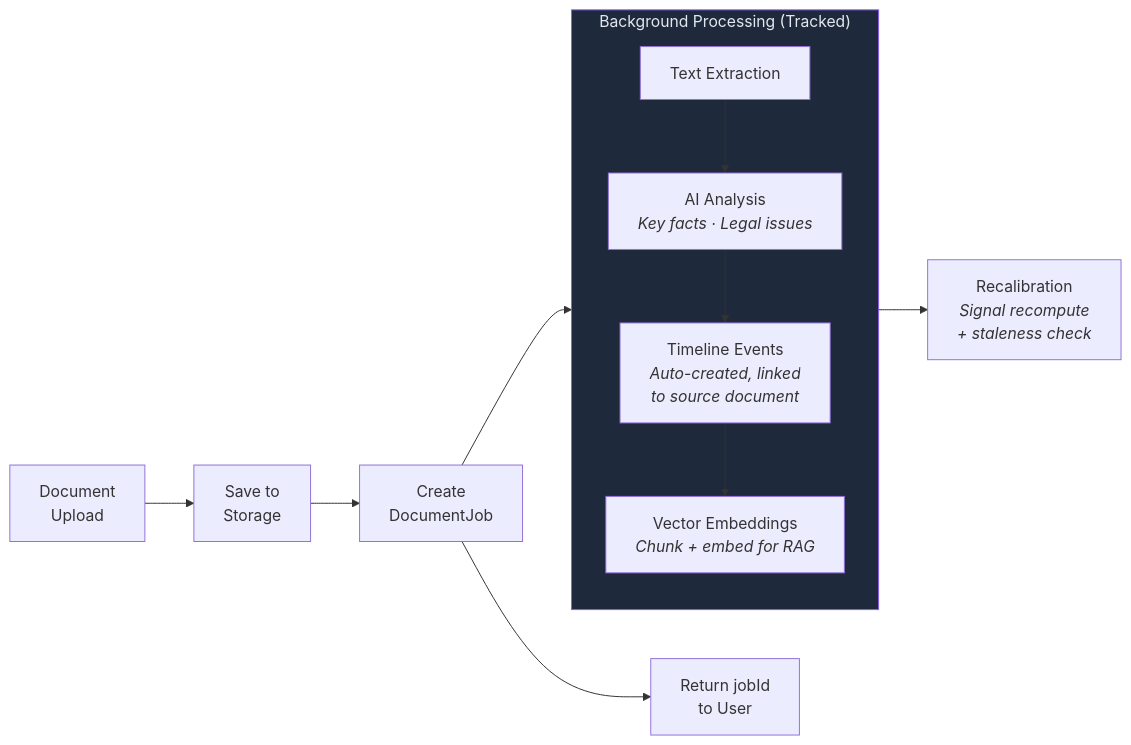
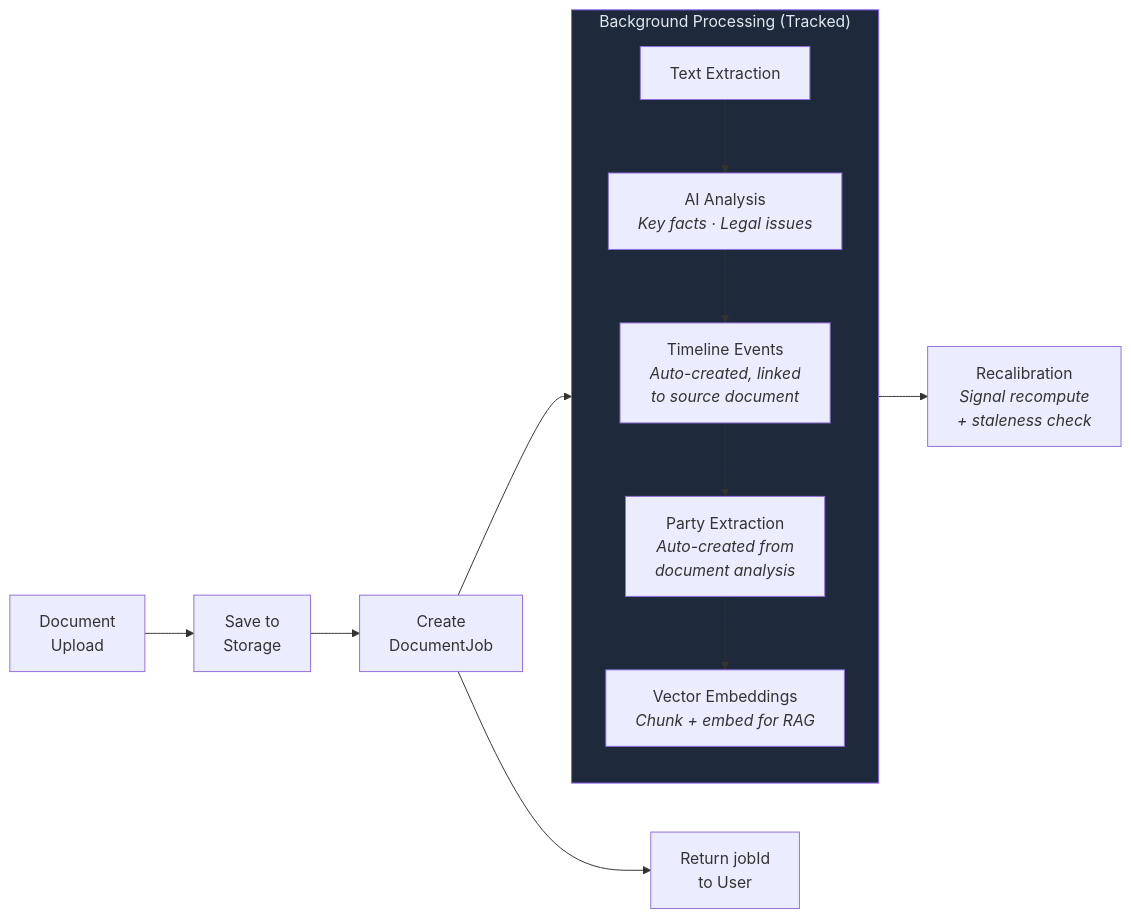
The sixth of 13 diagrams in ARCHITECTURE.md (EolaFam1828/AetherLegalIntelligence), drawn with Mermaid before and after one commit. The commit also changed other lines of this file and 7 other files, not shown here.

````diff
--- a/ARCHITECTURE.md
+++ b/ARCHITECTURE.md
@@ -319,21 +323,22 @@
 ```mermaid
 flowchart LR
     UPLOAD["Document<br/>Upload"] --> SAVE["Save to<br/>Storage"]
     SAVE --> JOB["Create<br/>DocumentJob"]
     JOB --> RESPOND["Return jobId<br/>to User"]
     JOB --> ASYNC["Async Pipeline"]
 
     subgraph ASYNC["Background Processing (Tracked)"]
         direction TB
         TEXT["Text Extraction"]
         ANALYZE["AI Analysis<br/><i>Key facts · Legal issues</i>"]
         TIMELINE["Timeline Events<br/><i>Auto-created, linked<br/>to source document</i>"]
+        PARTIES["Party Extraction<br/><i>Auto-created from<br/>document analysis</i>"]
         VECTORS["Vector Embeddings<br/><i>Chunk + embed for RAG</i>"]
 
-        TEXT --> ANALYZE --> TIMELINE --> VECTORS
+        TEXT --> ANALYZE --> TIMELINE --> PARTIES --> VECTORS
     end
 
     ASYNC --> RECALIB["Recalibration<br/><i>Signal recompute<br/>+ staleness check</i>"]
 
     style ASYNC fill:#1e293b,stroke:#8b5cf6,color:#e2e8f0
 ```
````
